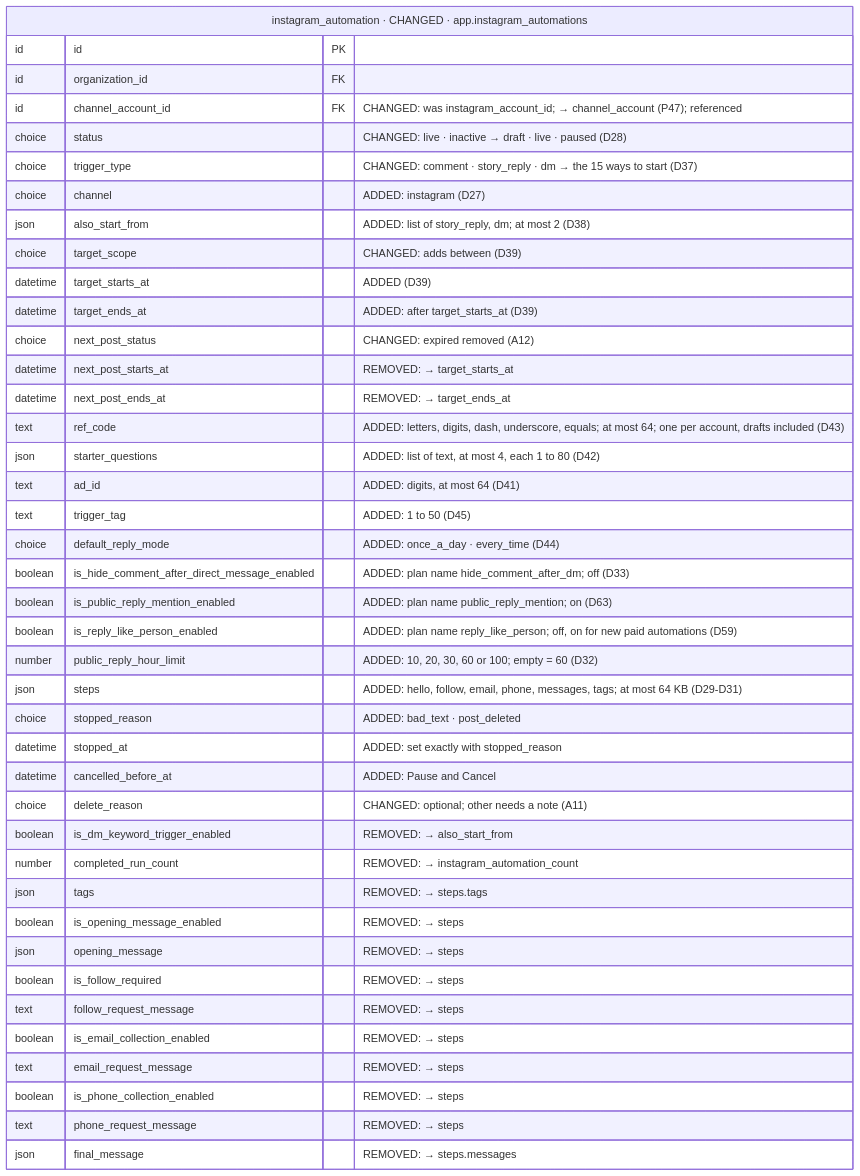
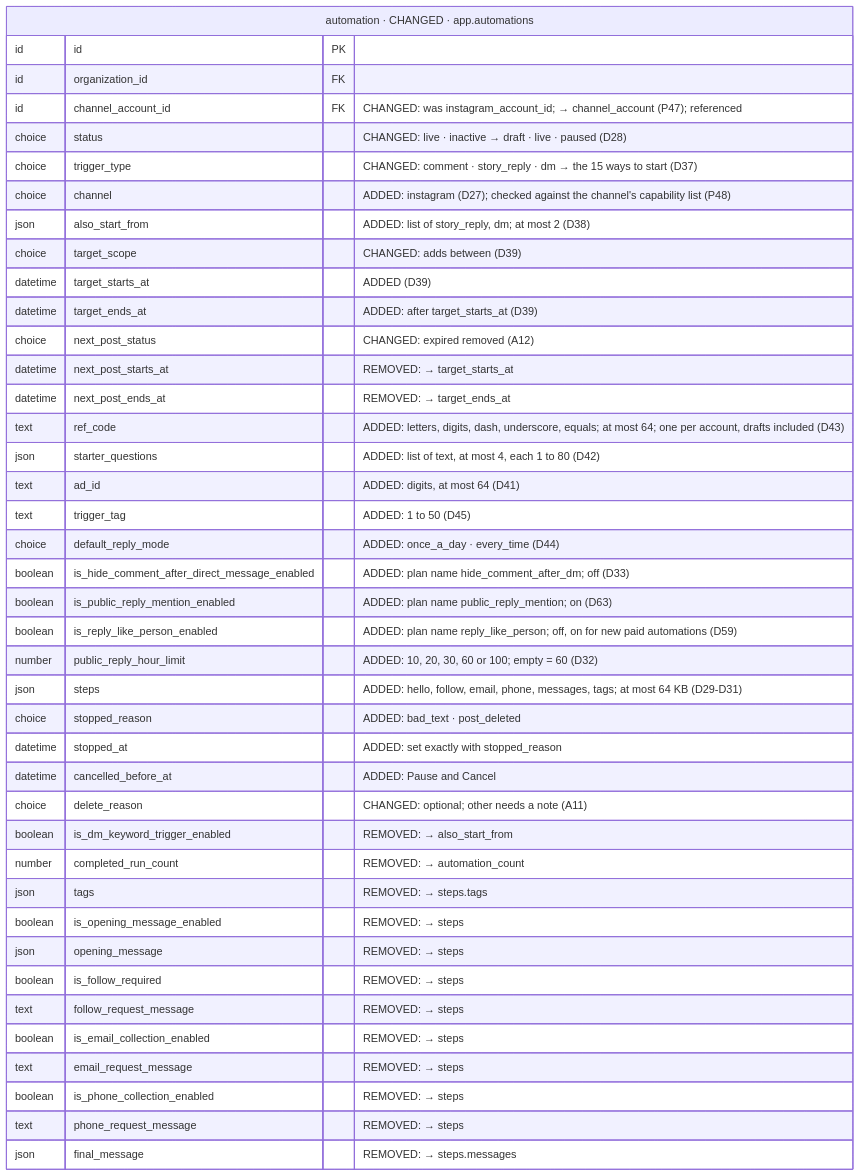
One commit to albetrios/meepzo-be changed diagram 11 of 40 in iterations/feat-instagram-dm-sending-2026-11-23-oxak/plans/db-changes.md. Above: the diagram before and after it, drawn with Mermaid. The commit also changed other lines of this file and 2 other files, not shown here.

````diff
--- a/iterations/feat-instagram-dm-sending-2026-11-23-oxak/plans/db-changes.md
+++ b/iterations/feat-instagram-dm-sending-2026-11-23-oxak/plans/db-changes.md
@@ -677,44 +709,44 @@
 ```mermaid
 erDiagram
-  instagram_automation["instagram_automation · CHANGED · app.instagram_automations"] {
+  automation["automation · CHANGED · app.automations"] {
     id id PK
     id organization_id FK
     id channel_account_id FK "CHANGED: was instagram_account_id; → channel_account (P47); referenced"
     choice status "CHANGED: live · inactive → draft · live · paused (D28)"
     choice trigger_type "CHANGED: comment · story_reply · dm → the 15 ways to start (D37)"
-    choice channel "ADDED: instagram (D27)"
+    choice channel "ADDED: instagram (D27); checked against the channel's capability list (P48)"
     json also_start_from "ADDED: list of story_reply, dm; at most 2 (D38)"
     choice target_scope "CHANGED: adds between (D39)"
     datetime target_starts_at "ADDED (D39)"
     datetime target_ends_at "ADDED: after target_starts_at (D39)"
     choice next_post_status "CHANGED: expired removed (A12)"
     datetime next_post_starts_at "REMOVED: → target_starts_at"
     datetime next_post_ends_at "REMOVED: → target_ends_at"
     text ref_code "ADDED: letters, digits, dash, underscore, equals; at most 64; one per account, drafts included (D43)"
     json starter_questions "ADDED: list of text, at most 4, each 1 to 80 (D42)"
     text ad_id "ADDED: digits, at most 64 (D41)"
     text trigger_tag "ADDED: 1 to 50 (D45)"
     choice default_reply_mode "ADDED: once_a_day · every_time (D44)"
     boolean is_hide_comment_after_direct_message_enabled "ADDED: plan name hide_comment_after_dm; off (D33)"
     boolean is_public_reply_mention_enabled "ADDED: plan name public_reply_mention; on (D63)"
     boolean is_reply_like_person_enabled "ADDED: plan name reply_like_person; off, on for new paid automations (D59)"
     number public_reply_hour_limit "ADDED: 10, 20, 30, 60 or 100; empty = 60 (D32)"
     json steps "ADDED: hello, follow, email, phone, messages, tags; at most 64 KB (D29-D31)"
     choice stopped_reason "ADDED: bad_text · post_deleted"
     datetime stopped_at "ADDED: set exactly with stopped_reason"
     datetime cancelled_before_at "ADDED: Pause and Cancel"
     choice delete_reason "CHANGED: optional; other needs a note (A11)"
     boolean is_dm_keyword_trigger_enabled "REMOVED: → also_start_from"
-    number completed_run_count "REMOVED: → instagram_automation_count"
+    number completed_run_count "REMOVED: → automation_count"
     json tags "REMOVED: → steps.tags"
     boolean is_opening_message_enabled "REMOVED: → steps"
     json opening_message "REMOVED: → steps"
     boolean is_follow_required "REMOVED: → steps"
     text follow_request_message "REMOVED: → steps"
     boolean is_email_collection_enabled "REMOVED: → steps"
     text email_request_message "REMOVED: → steps"
     boolean is_phone_collection_enabled "REMOVED: → steps"
     text phone_request_message "REMOVED: → steps"
     json final_message "REMOVED: → steps.messages"
   }
 ```
````
